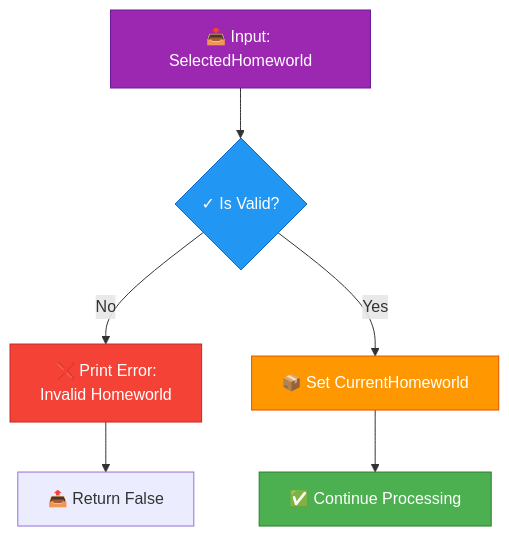
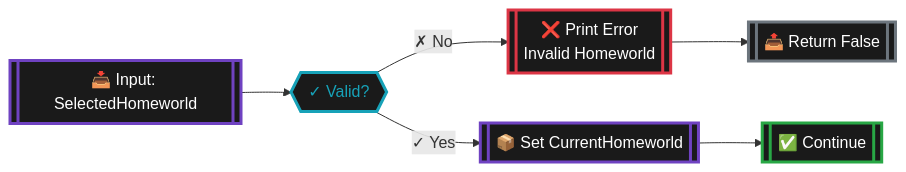
The seventh of 9 diagrams in BLUEPRINT_DISPLAY_GUIDE.md (Mittenzx/Adastrea), drawn with Mermaid before and after one commit. The commit also changed other lines of this file and 2 other files, not shown here.

First line of the commit message:
Update Mermaid diagrams with Unreal Engine node styling

````diff
--- a/BLUEPRINT_DISPLAY_GUIDE.md
+++ b/BLUEPRINT_DISPLAY_GUIDE.md
@@ -718,14 +771,15 @@
 ```mermaid
-graph TD
-    A[📥 Input: SelectedHomeworld] --> B{✓ Is Valid?}
-    B -->|No| C[❌ Print Error:<br/>Invalid Homeworld]
-    C --> D[📤 Return False]
-    B -->|Yes| E[📦 Set CurrentHomeworld]
-    E --> F[✅ Continue Processing]
+graph LR
+    A[["📥 Input: SelectedHomeworld"]] --> B{{"✓ Valid?"}}
+    B -->|"✗ No"| C[["❌ Print Error<br/>Invalid Homeworld"]]
+    C --> D[["📤 Return False"]]
+    B -->|"✓ Yes"| E[["📦 Set CurrentHomeworld"]]
+    E --> F[["✅ Continue"]]
     
-    style A fill:#9C27B0,stroke:#6A1B9A,color:#fff
-    style B fill:#2196F3,stroke:#1565C0,color:#fff
-    style C fill:#F44336,stroke:#C62828,color:#fff
-    style E fill:#FF9800,stroke:#E65100,color:#fff
-    style F fill:#4CAF50,stroke:#2E7D32,color:#fff
+    style A fill:#1a1a1a,stroke:#6f42c1,stroke-width:3px,color:#fff,rx:10,ry:10
+    style B fill:#1a1a1a,stroke:#17a2b8,stroke-width:3px,color:#17a2b8
+    style C fill:#1a1a1a,stroke:#DC3545,stroke-width:3px,color:#fff,rx:10,ry:10
+    style D fill:#1a1a1a,stroke:#6c757d,stroke-width:3px,color:#fff,rx:10,ry:10
+    style E fill:#1a1a1a,stroke:#6f42c1,stroke-width:3px,color:#fff,rx:10,ry:10
+    style F fill:#1a1a1a,stroke:#28a745,stroke-width:3px,color:#fff,rx:10,ry:10
 ```
````
